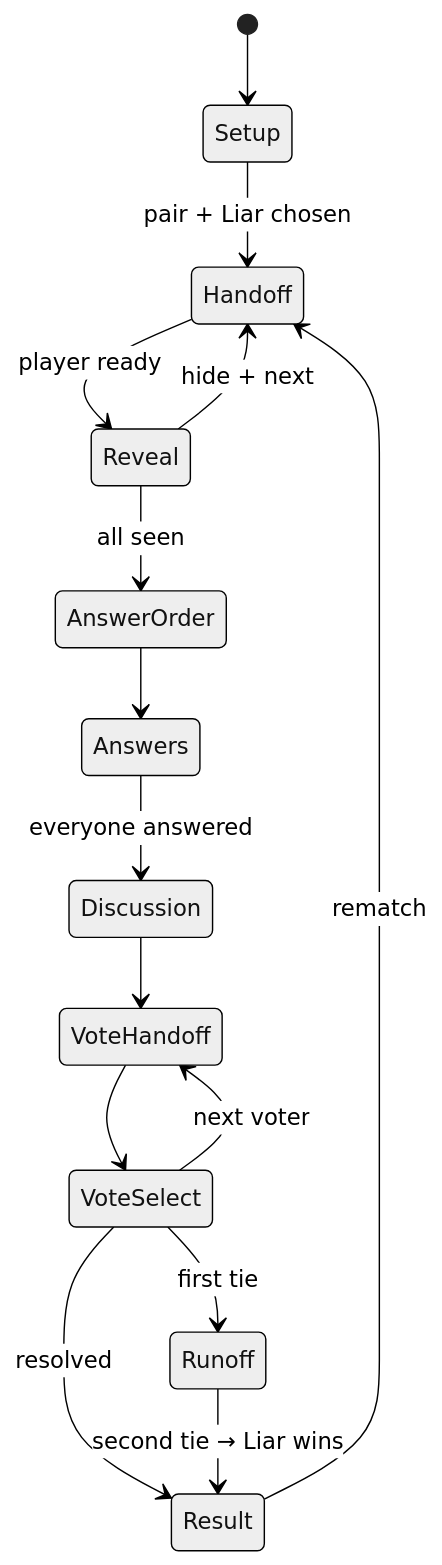
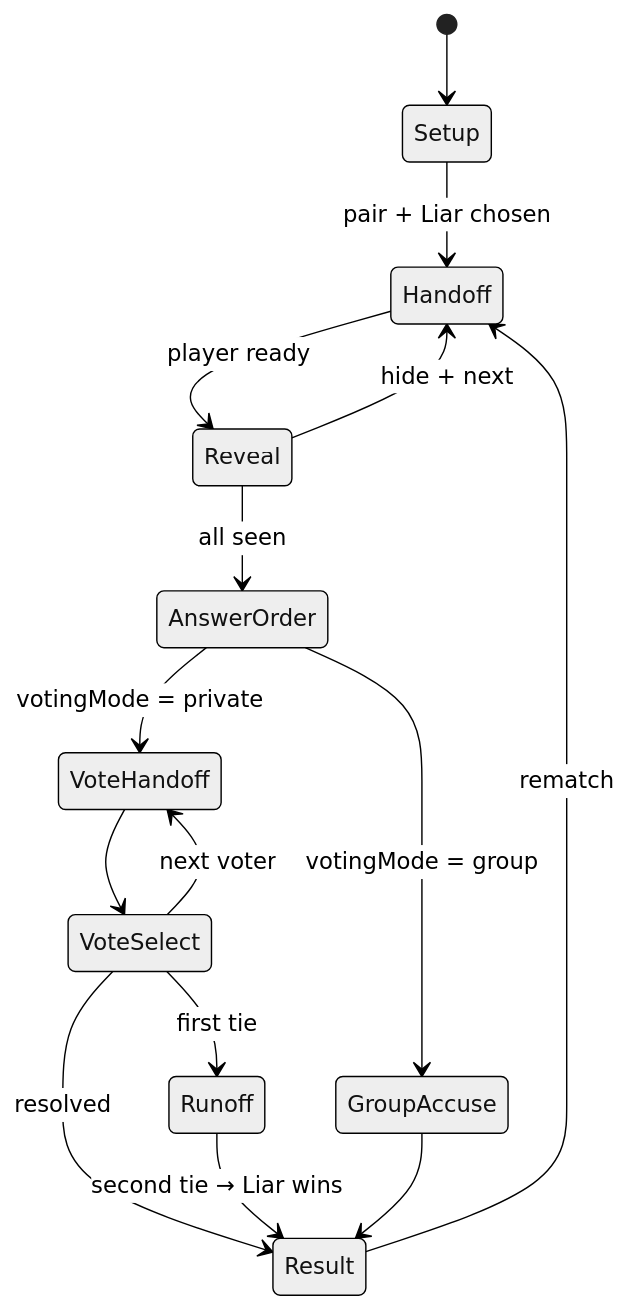
The third of 4 diagrams in ARCHITECTURE.md (fahmiss/Chereka-Chewata), drawn with Mermaid (neutral theme) before and after one commit. The commit also changed other lines of this file and 30 other files, not shown here.

````diff
--- a/ARCHITECTURE.md
+++ b/ARCHITECTURE.md
@@ -128,17 +129,17 @@
 ```mermaid
 stateDiagram-v2
     [*] --> Setup
     Setup --> Handoff : pair + Liar chosen
     Handoff --> Reveal : player ready
     Reveal --> Handoff : hide + next
     Reveal --> AnswerOrder : all seen
-    AnswerOrder --> Answers
-    Answers --> Discussion : everyone answered
-    Discussion --> VoteHandoff
+    AnswerOrder --> GroupAccuse : votingMode = group
+    AnswerOrder --> VoteHandoff : votingMode = private
     VoteHandoff --> VoteSelect
     VoteSelect --> VoteHandoff : next voter
     VoteSelect --> Result : resolved
     VoteSelect --> Runoff : first tie
     Runoff --> Result : second tie → Liar wins
+    GroupAccuse --> Result
     Result --> Handoff : rematch
 ```
````
